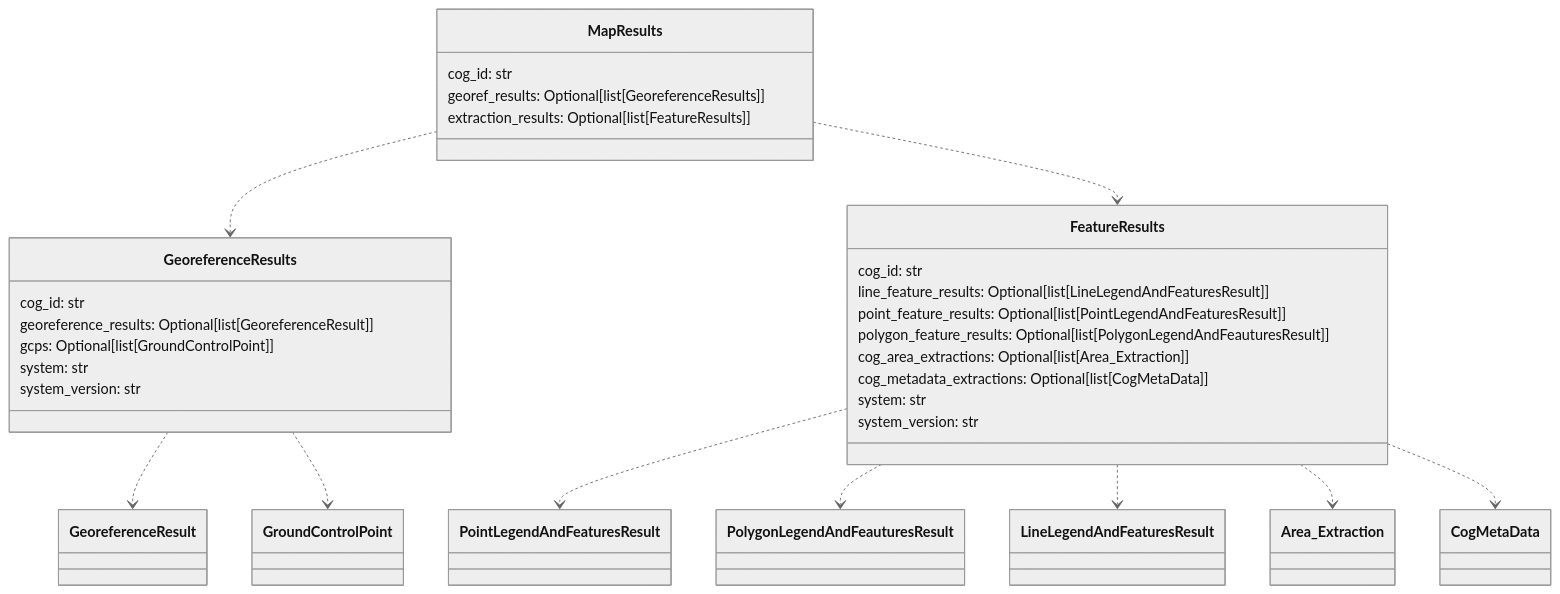
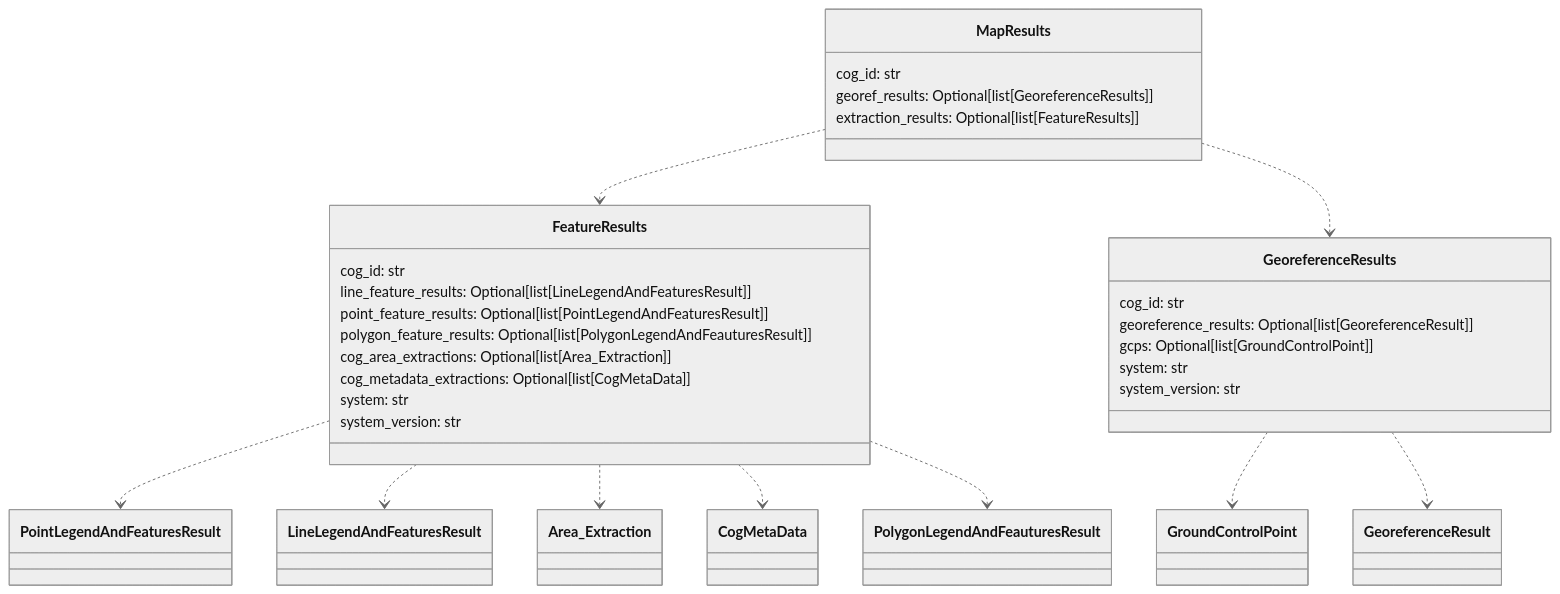
One commit to DARPA-CRITICALMAAS/cdr_schemas changed diagram 11 of 12 in README.md. Above: the diagram before and after it, drawn with Mermaid (neutral theme). The commit also changed other lines of this file and 2 other files, not shown here.

````diff
--- a/README.md
+++ b/README.md
@@ -814,40 +814,40 @@
 ```mermaid
 classDiagram
-
-    class GeoreferenceResults {
-        cog_id: str
-        georeference_results: Optional[list[GeoreferenceResult]]
-        gcps: Optional[list[GroundControlPoint]]
-        system: str
-        system_version: str
-    }
 
     class FeatureResults {
         cog_id: str
         line_feature_results: Optional[list[LineLegendAndFeaturesResult]]
         point_feature_results: Optional[list[PointLegendAndFeaturesResult]]
         polygon_feature_results: Optional[list[PolygonLegendAndFeauturesResult]]
         cog_area_extractions: Optional[list[Area_Extraction]]
         cog_metadata_extractions: Optional[list[CogMetaData]]
         system: str
         system_version: str
     }
 
+    class GeoreferenceResults {
+        cog_id: str
+        georeference_results: Optional[list[GeoreferenceResult]]
+        gcps: Optional[list[GroundControlPoint]]
+        system: str
+        system_version: str
+    }
+
     class MapResults {
         cog_id: str
         georef_results: Optional[list[GeoreferenceResults]]
         extraction_results: Optional[list[FeatureResults]]
     }
 
     FeatureResults ..> PointLegendAndFeaturesResult
-    FeatureResults ..> PolygonLegendAndFeauturesResult
     FeatureResults ..> LineLegendAndFeaturesResult
     FeatureResults ..> Area_Extraction
     FeatureResults ..> CogMetaData
+    FeatureResults ..> PolygonLegendAndFeauturesResult
+    GeoreferenceResults ..> GroundControlPoint
     GeoreferenceResults ..> GeoreferenceResult
-    GeoreferenceResults ..> GroundControlPoint
+    MapResults ..> FeatureResults
     MapResults ..> GeoreferenceResults
-    MapResults ..> FeatureResults
 
 
 ```
````
